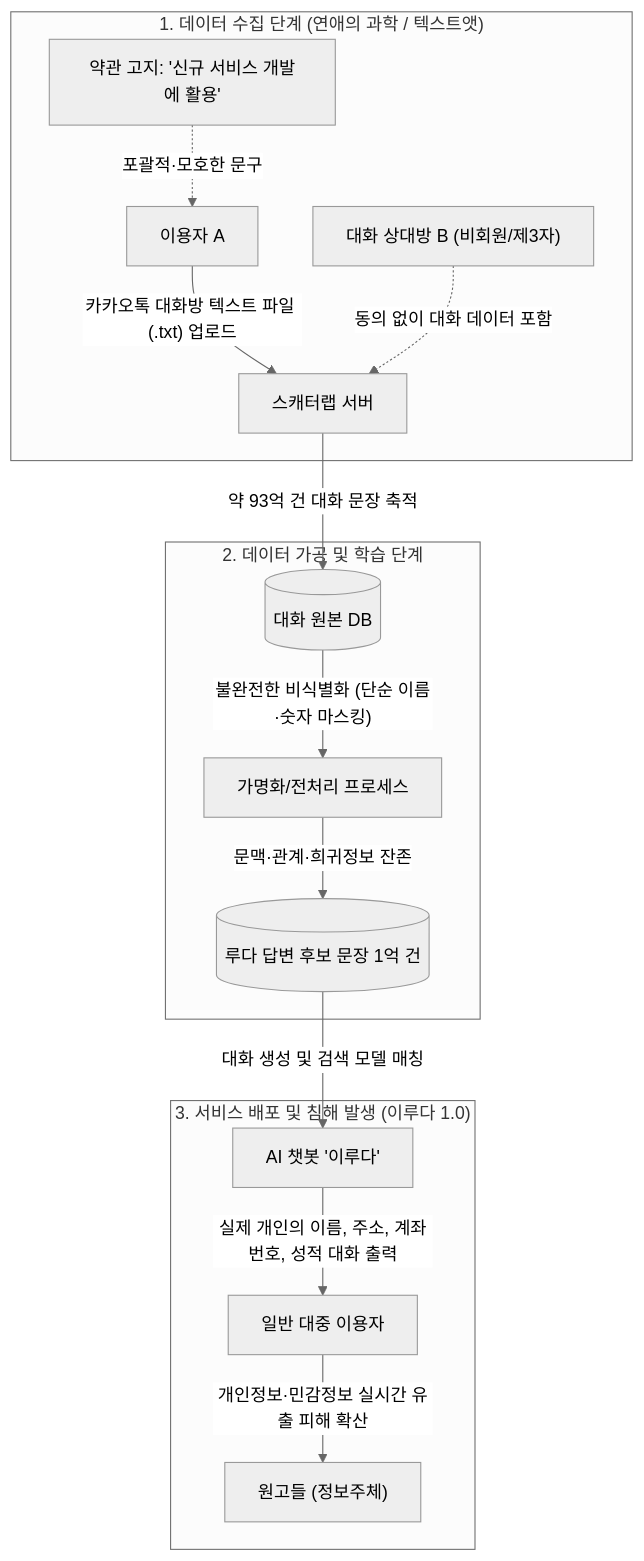
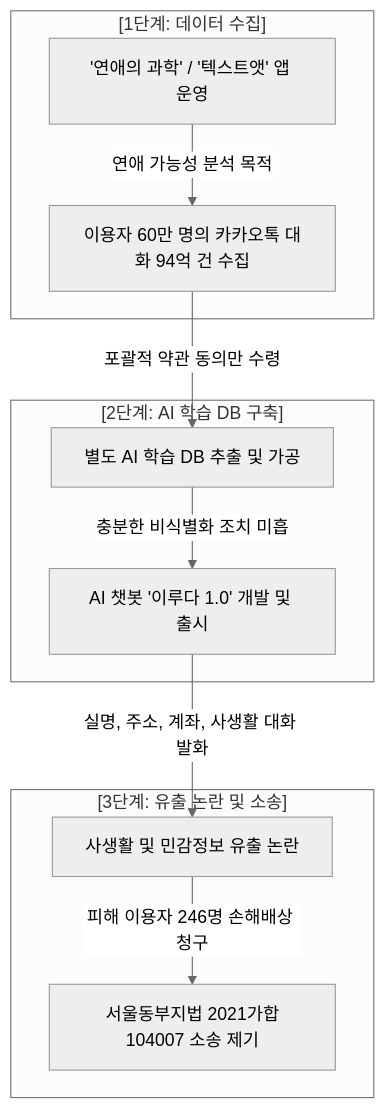
Before and after one commit to iljae627/iljae627.github.io: the diagram in _posts/2026-09-16-personal-info-case-iruda.md, drawn with Mermaid (neutral theme). The commit also changed other lines of this file, not shown here.

````diff
--- a/_posts/2026-09-16-personal-info-case-iruda.md
+++ b/_posts/2026-09-16-personal-info-case-iruda.md
@@ -41,20 +27,16 @@
 ```mermaid
 flowchart TD
-    subgraph DataCollection["1. 데이터 수집 단계 (연애의 과학 / 텍스트앳)"]
-        UserA["이용자 A"] -->|"카카오톡 대화방 텍스트 파일 (.txt) 업로드"| AppServer["스캐터랩 서버"]
-        UserB["대화 상대방 B (비회원/제3자)"] -.->|"동의 없이 대화 데이터 포함"| AppServer
-        Policy["약관 고지: '신규 서비스 개발에 활용'"] -.->|"포괄적·모호한 문구"| UserA
+    subgraph Step1["[1단계: 데이터 수집]"]
+        App["'연애의 과학' / '텍스트앳' 앱 운영"] -->|"연애 가능성 분석 목적"| Katalk["이용자 60만 명의 카카오톡 대화 94억 건 수집"]
     end
 
-    subgraph DataProcessing["2. 데이터 가공 및 학습 단계"]
-        AppServer -->|"약 93억 건 대화 문장 축적"| RawDB[("대화 원본 DB")]
-        RawDB -->|"불완전한 비식별화 (단순 이름·숫자 마스킹)"| Preprocessing["가명화/전처리 프로세스"]
-        Preprocessing -->|"문맥·관계·희귀정보 잔존"| TrainDB[("루다 답변 후보 문장 1억 건")]
+    subgraph Step2["[2단계: AI 학습 DB 구축]"]
+        Katalk -->|"포괄적 약관 동의만 수령"| DB["별도 AI 학습 DB 추출 및 가공"]
+        DB -->|"충분한 비식별화 조치 미흡"| Iruda["AI 챗봇 '이루다 1.0' 개발 및 출시"]
     end
 
-    subgraph ServiceLaunch["3. 서비스 배포 및 침해 발생 (이루다 1.0)"]
-        TrainDB -->|"대화 생성 및 검색 모델 매칭"| IrudaBot["AI 챗봇 '이루다'"]
-        IrudaBot -->|"실제 개인의 이름, 주소, 계좌번호, 성적 대화 출력"| GeneralUser["일반 대중 이용자"]
-        GeneralUser -->|"개인정보·민감정보 실시간 유출 피해 확산"| Victims["원고들 (정보주체)"]
+    subgraph Step3["[3단계: 유출 논란 및 소송]"]
+        Iruda -->|"실명, 주소, 계좌, 사생활 대화 발화"| Leak["사생활 및 민감정보 유출 논란"]
+        Leak -->|"피해 이용자 246명 손해배상 청구"| Lawsuit["서울동부지법 2021가합104007 소송 제기"]
     end
 ```
````
